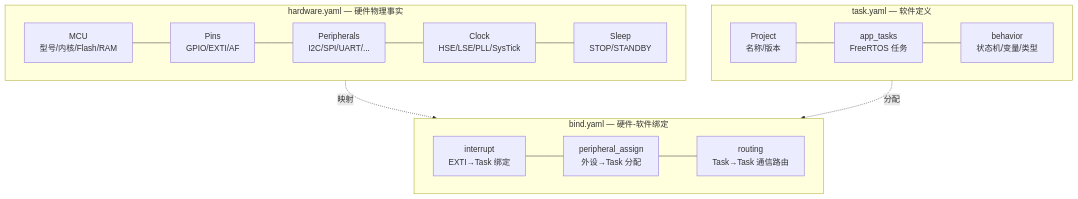
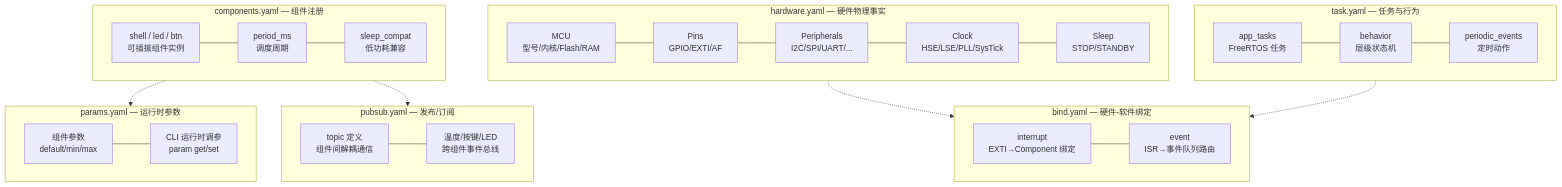
Before and after one commit to jinliangliu/Hardware2Code: the second of 3 diagrams in README.md, drawn with Mermaid. The commit also changed other lines of this file and 76 other files, not shown here.

First line of the commit message:
feat: component framework, six-layer YAML, temp sensor fix, docs update

````diff
--- a/README.md
+++ b/README.md
@@ -70,28 +70,48 @@
 ```mermaid
 flowchart TB
     subgraph HW["hardware.yaml — 硬件物理事实"]
         direction LR
         H1["MCU<br>型号/内核/Flash/RAM"] ---
         H2["Pins<br>GPIO/EXTI/AF"] ---
         H3["Peripherals<br>I2C/SPI/UART/..."] ---
         H4["Clock<br>HSE/LSE/PLL/SysTick"] ---
         H5["Sleep<br>STOP/STANDBY"]
     end
 
-    subgraph SW["task.yaml — 软件定义"]
+    subgraph SW["task.yaml — 任务与行为"]
         direction LR
-        S1["Project<br>名称/版本"] ---
-        S2["app_tasks<br>FreeRTOS 任务"] ---
-        S3["behavior<br>状态机/变量/类型"]
+        S1["app_tasks<br>FreeRTOS 任务"] ---
+        S2["behavior<br>层级状态机"] ---
+        S3["periodic_events<br>定时动作"]
+    end
+
+    subgraph COMP["components.yaml — 组件注册"]
+        direction LR
+        C1["shell / led / btn<br>可插拔组件实例"] ---
+        C2["period_ms<br>调度周期"] ---
+        C3["sleep_compat<br>低功耗兼容"]
     end
 
     subgraph BIND["bind.yaml — 硬件-软件绑定"]
         direction LR
-        D1["interrupt<br>EXTI→Task 绑定"] ---
-        D2["peripheral_assign<br>外设→Task 分配"] ---
-        D3["routing<br>Task→Task 通信路由"]
+        D1["interrupt<br>EXTI→Component 绑定"] ---
+        D2["event<br>ISR→事件队列路由"]
     end
 
-    HW -.->|"映射"| BIND
-    SW -.->|"分配"| BIND
+    subgraph PARAMS["params.yaml — 运行时参数"]
+        direction LR
+        P1["组件参数<br>default/min/max"] ---
+        P2["CLI 运行时调参<br>param get/set"]
+    end
+
+    subgraph PUBSUB["pubsub.yaml — 发布/订阅"]
+        direction LR
+        U1["topic 定义<br>组件间解耦通信"] ---
+        U2["温度/按键/LED<br>跨组件事件总线"]
+    end
+
+    HW -.-> BIND
+    SW -.-> BIND
+    COMP -.-> PARAMS
+    COMP -.-> PUBSUB
 ```
````
